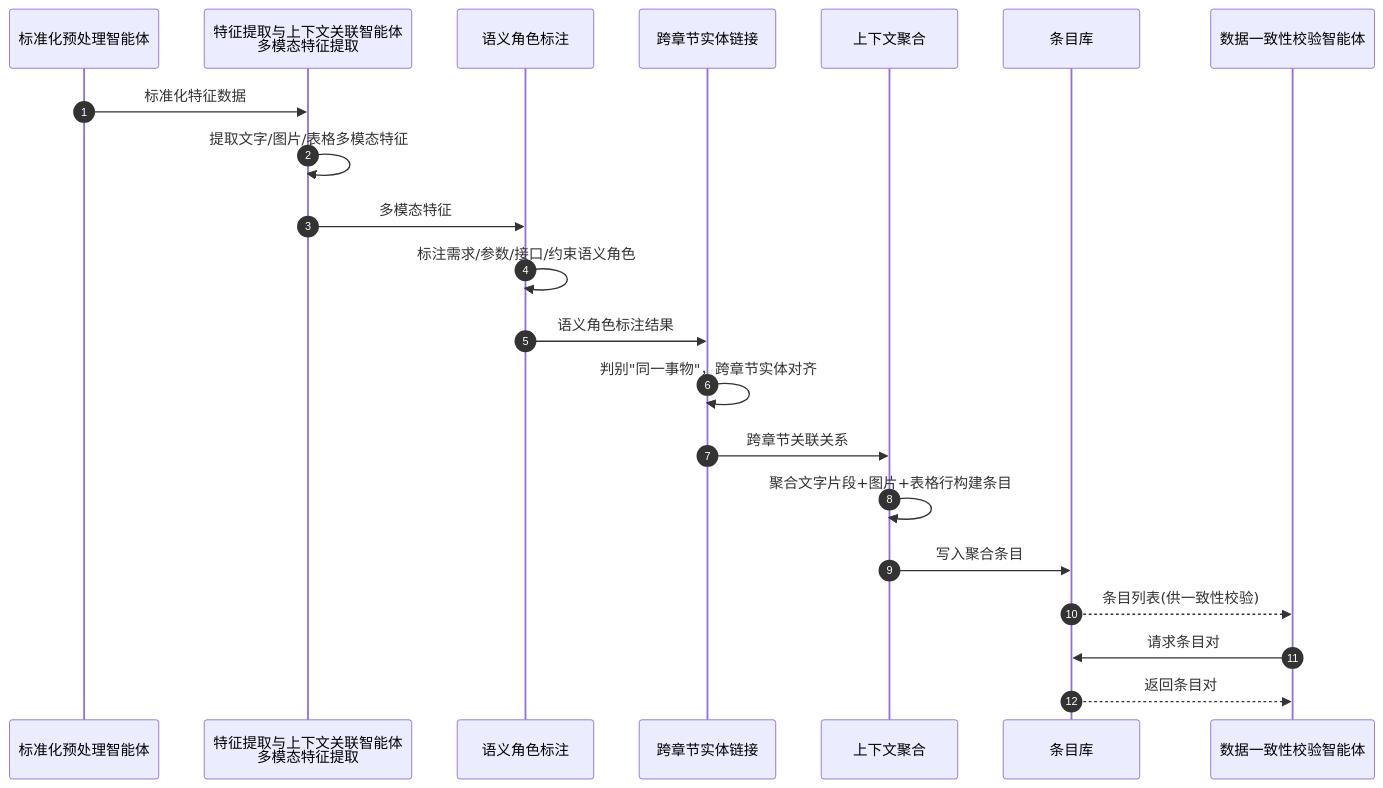
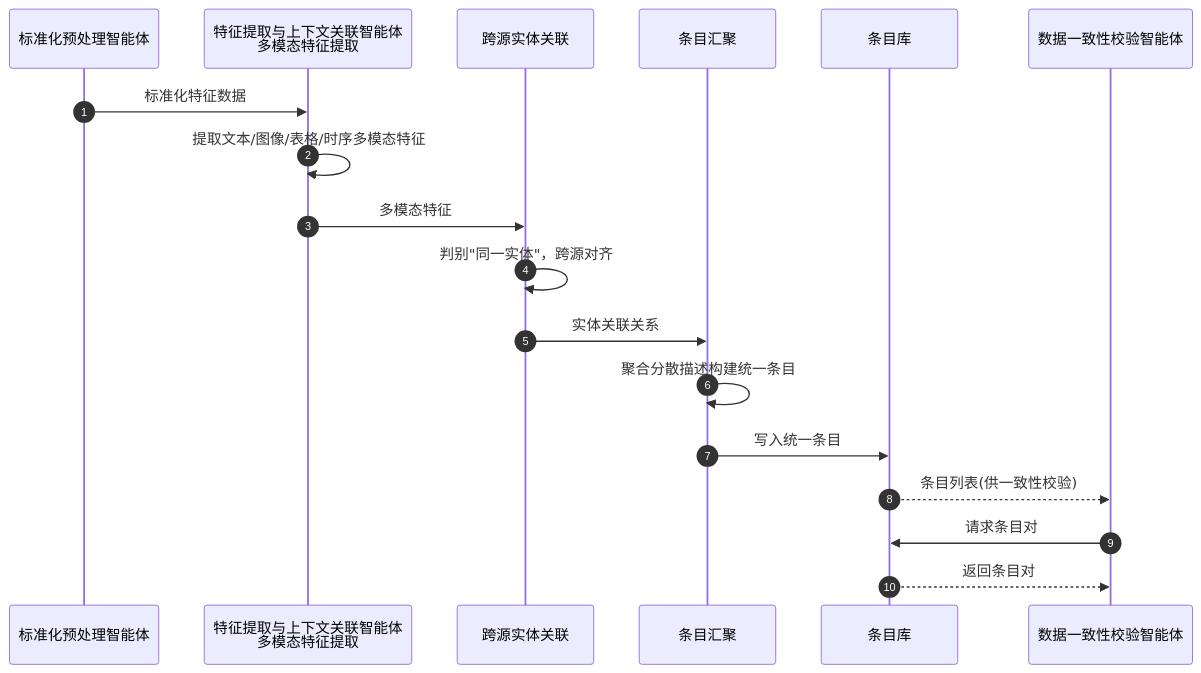
The diagram in tools/seq_feature_context.mmd (hongshi1/data-clean), drawn with Mermaid before and after one commit. The commit also changed 3403 other files, not shown here.

```diff
--- a/tools/seq_feature_context.mmd
+++ b/tools/seq_feature_context.mmd
@@ -1,22 +1,19 @@
 sequenceDiagram
     autonumber
     participant PRE as 标准化预处理智能体
     participant EX as 特征提取与上下文关联智能体<br/>多模态特征提取
-    participant ROLE as 语义角色标注
-    participant LNK as 跨章节实体链接
-    participant AG as 上下文聚合
+    participant LNK as 跨源实体关联
+    participant AG as 条目汇聚
     participant LIB as 条目库
     participant CHK as 数据一致性校验智能体
 
     PRE->>EX: 标准化特征数据
-    EX->>EX: 提取文字/图片/表格多模态特征
-    EX->>ROLE: 多模态特征
-    ROLE->>ROLE: 标注需求/参数/接口/约束语义角色
-    ROLE->>LNK: 语义角色标注结果
-    LNK->>LNK: 判别"同一事物"，跨章节实体对齐
-    LNK->>AG: 跨章节关联关系
-    AG->>AG: 聚合文字片段+图片+表格行构建条目
-    AG->>LIB: 写入聚合条目
+    EX->>EX: 提取文本/图像/表格/时序多模态特征
+    EX->>LNK: 多模态特征
+    LNK->>LNK: 判别"同一实体"，跨源对齐
+    LNK->>AG: 实体关联关系
+    AG->>AG: 聚合分散描述构建统一条目
+    AG->>LIB: 写入统一条目
     LIB-->>CHK: 条目列表(供一致性校验)
     CHK->>LIB: 请求条目对
     LIB-->>CHK: 返回条目对
```
